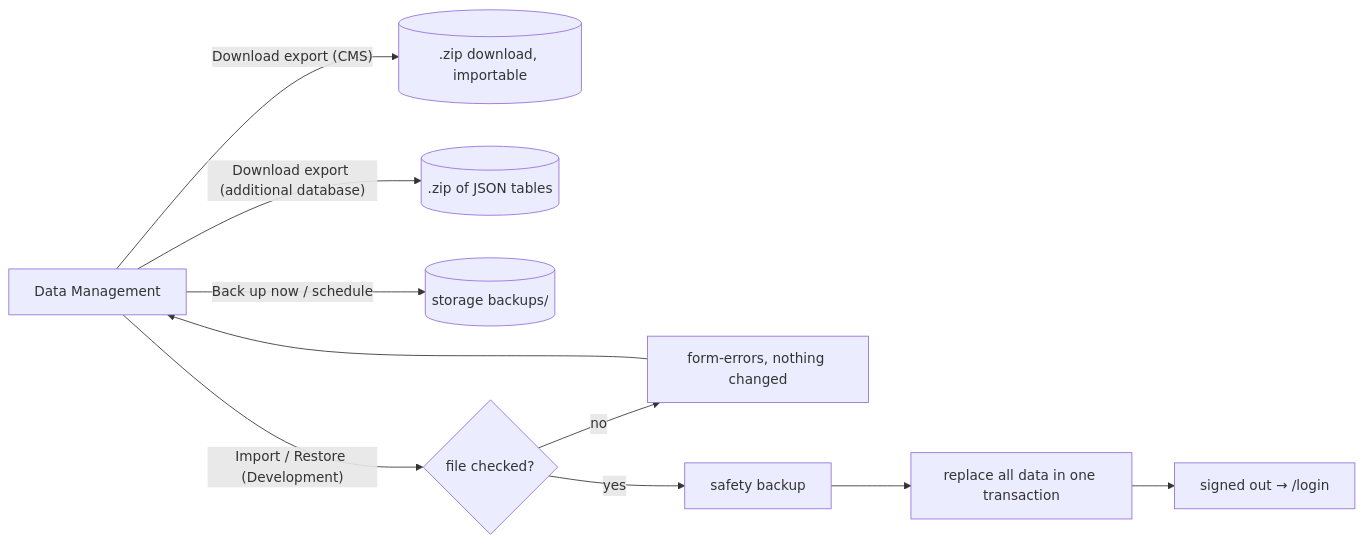
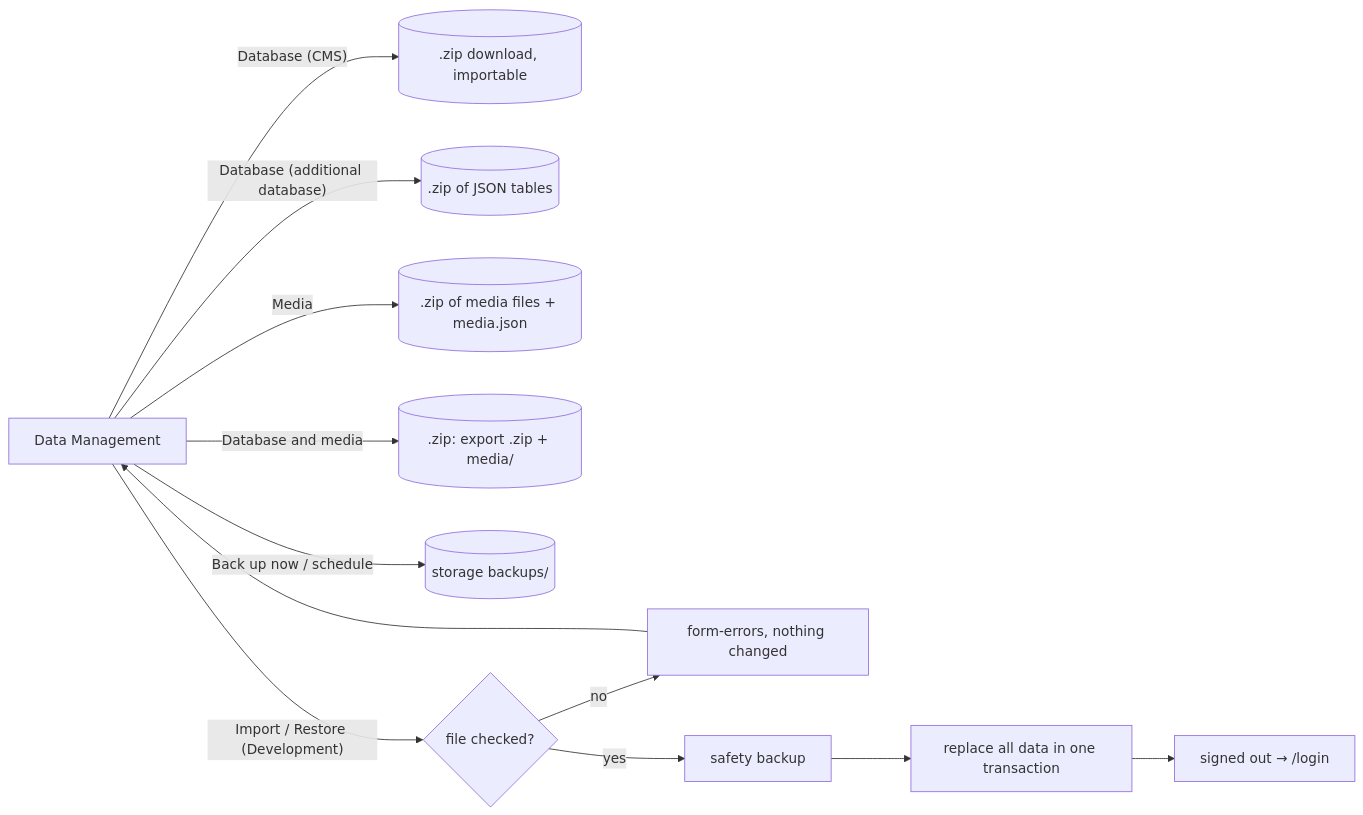
Before and after one commit to Albadit/DotNetForge: the diagram in .docs/pages/data-management.md, drawn with Mermaid. The commit also changed other lines of this file and 143 other files, not shown here.

````diff
--- a/.docs/pages/data-management.md
+++ b/.docs/pages/data-management.md
@@ -171,9 +221,11 @@
 ```mermaid
 flowchart LR
-    T[Data Management] -- "Download export (CMS)" --> Z[(.zip download, importable)]
-    T -- "Download export (additional database)" --> J[(.zip of JSON tables)]
+    T[Data Management] -- "Database (CMS)" --> Z[(.zip download, importable)]
+    T -- "Database (additional database)" --> J[(.zip of JSON tables)]
+    T -- "Media" --> M[(.zip of media files + media.json)]
+    T -- "Database and media" --> F[(.zip: export .zip + media/)]
     T -- Back up now / schedule --> B[(storage backups/)]
     T -- "Import / Restore (Development)" --> C{file checked?}
     C -- no --> E[form-errors, nothing changed] --> T
     C -- yes --> S[safety backup] --> R[replace all data in one transaction] --> L[signed out → /login]
 ```
````
